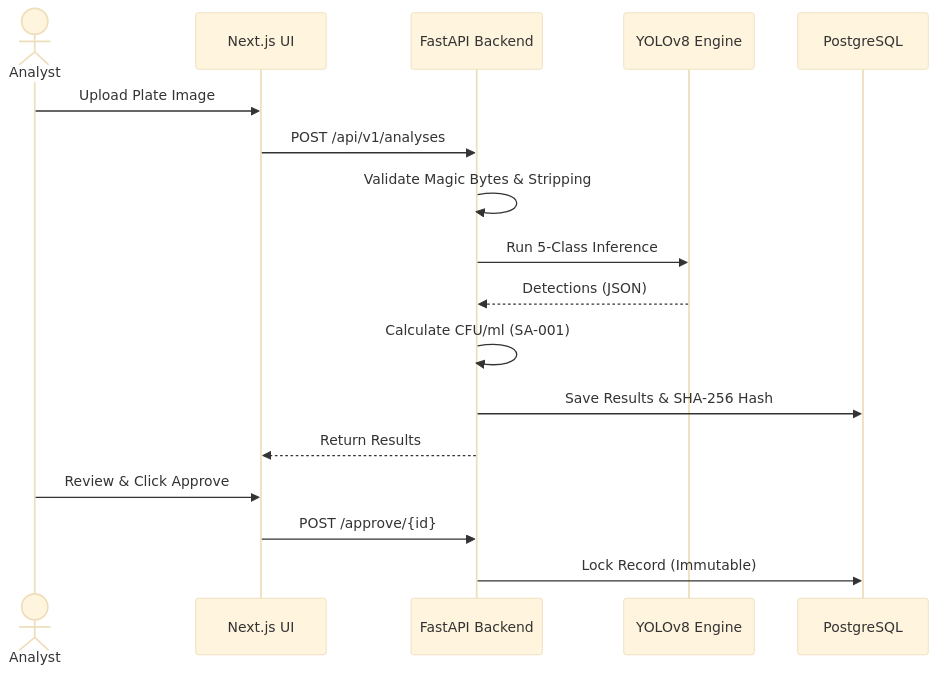
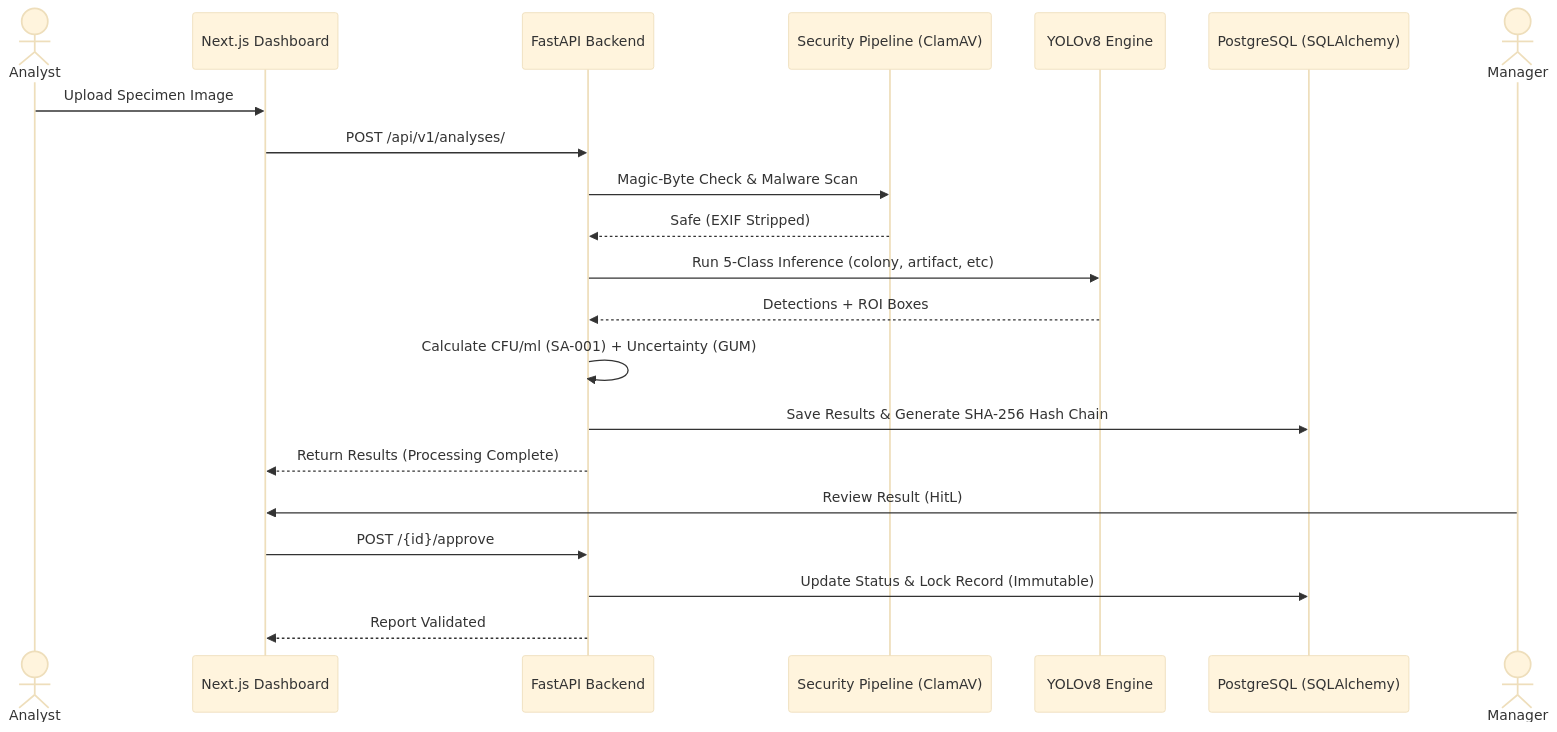
The second of 6 diagrams in project-management/08-uml-architecture.md (wi5nuu/colonyai), drawn with Mermaid (base theme) before and after one commit. The commit also changed other lines of this file and 70 other files, not shown here.

````diff
--- a/project-management/08-uml-architecture.md
+++ b/project-management/08-uml-architecture.md
@@ -51,20 +57,25 @@
 ```mermaid
 sequenceDiagram
     actor Analyst
-    participant Dashboard as Next.js UI
+    participant UI as Next.js Dashboard
     participant API as FastAPI Backend
+    participant SEC as Security Pipeline (ClamAV)
     participant ML as YOLOv8 Engine
-    participant DB as PostgreSQL
+    participant DB as PostgreSQL (SQLAlchemy)
 
-    Analyst->>Dashboard: Upload Plate Image
-    Dashboard->>API: POST /api/v1/analyses
-    API->>API: Validate Magic Bytes & Stripping
-    API->>ML: Run 5-Class Inference
-    ML-->>API: Detections (JSON)
-    API->>API: Calculate CFU/ml (SA-001)
-    API->>DB: Save Results & SHA-256 Hash
-    API-->>Dashboard: Return Results
-    Analyst->>Dashboard: Review & Click Approve
-    Dashboard->>API: POST /approve/{id}
-    API->>DB: Lock Record (Immutable)
+    Analyst->>UI: Upload Specimen Image
+    UI->>API: POST /api/v1/analyses/
+    API->>SEC: Magic-Byte Check & Malware Scan
+    SEC-->>API: Safe (EXIF Stripped)
+    API->>ML: Run 5-Class Inference (colony, artifact, etc)
+    ML-->>API: Detections + ROI Boxes
+    API->>API: Calculate CFU/ml (SA-001) + Uncertainty (GUM)
+    API->>DB: Save Results & Generate SHA-256 Hash Chain
+    API-->>UI: Return Results (Processing Complete)
+    
+    actor Manager
+    Manager->>UI: Review Result (HitL)
+    UI->>API: POST /{id}/approve
+    API->>DB: Update Status & Lock Record (Immutable)
+    API-->>UI: Report Validated
 ```
````
